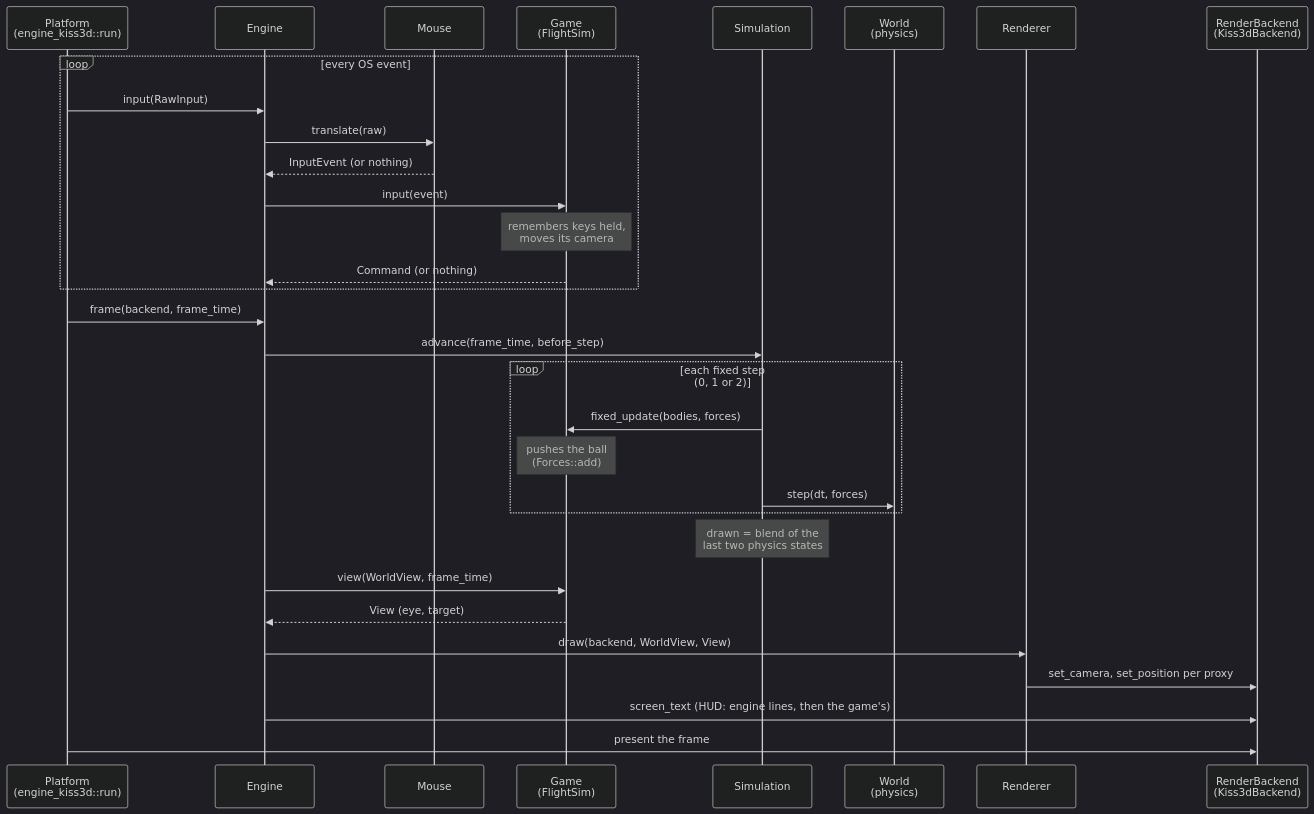
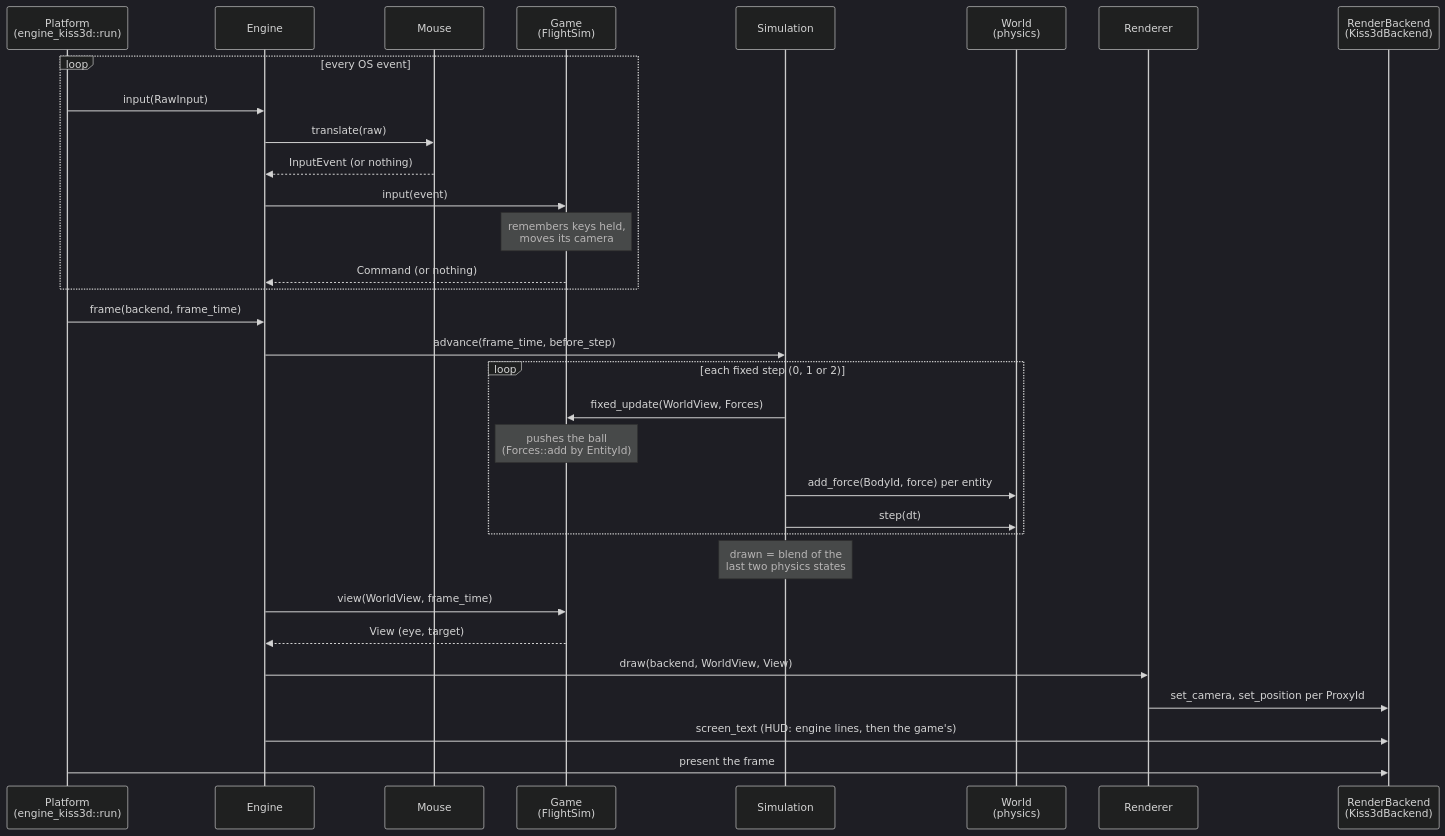
The sixth of 6 diagrams in ARCHITECTURE.md (fterrier/flightsim), drawn with Mermaid (dark theme) before and after one commit. The commit also changed other lines of this file and 19 other files, not shown here.

````diff
--- a/ARCHITECTURE.md
+++ b/ARCHITECTURE.md
@@ -386,34 +443,35 @@
 ```mermaid
 sequenceDiagram
     participant P as Platform<br/>(engine_kiss3d::run)
     participant E as Engine
     participant M as Mouse
     participant G as Game<br/>(FlightSim)
     participant S as Simulation
     participant W as World<br/>(physics)
     participant R as Renderer
     participant B as RenderBackend<br/>(Kiss3dBackend)
 
     loop every OS event
         P->>E: input(RawInput)
         E->>M: translate(raw)
         M-->>E: InputEvent (or nothing)
         E->>G: input(event)
         Note over G: remembers keys held,<br/>moves its camera
         G-->>E: Command (or nothing)
     end
     P->>E: frame(backend, frame_time)
     E->>S: advance(frame_time, before_step)
     loop each fixed step (0, 1 or 2)
-        S->>G: fixed_update(bodies, forces)
-        Note over G: pushes the ball<br/>(Forces::add)
-        S->>W: step(dt, forces)
+        S->>G: fixed_update(WorldView, Forces)
+        Note over G: pushes the ball<br/>(Forces::add by EntityId)
+        S->>W: add_force(BodyId, force) per entity
+        S->>W: step(dt)
     end
     Note over S: drawn = blend of the<br/>last two physics states
     E->>G: view(WorldView, frame_time)
     G-->>E: View (eye, target)
     E->>R: draw(backend, WorldView, View)
-    R->>B: set_camera, set_position per proxy
+    R->>B: set_camera, set_position per ProxyId
     E->>B: screen_text (HUD: engine lines, then the game's)
     P->>B: present the frame
 ```
````
